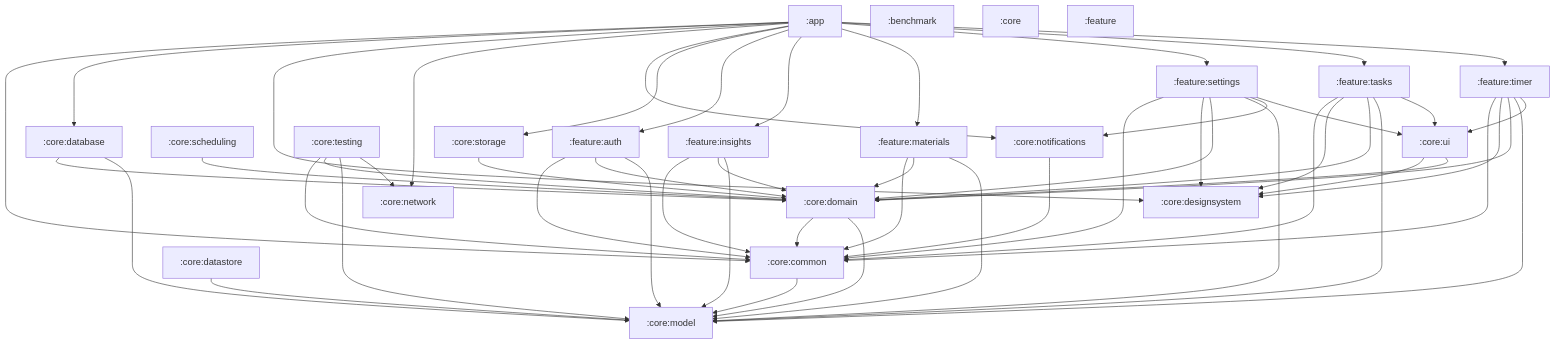
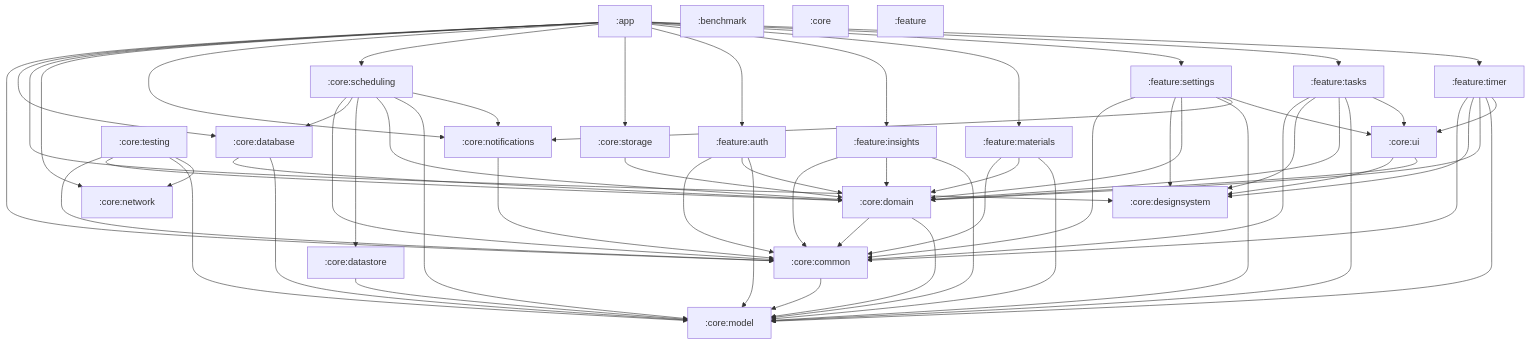
One commit to konarsubhojit/study-app changed the diagram in docs/module-graph.md. Above: the diagram before and after it, drawn with Mermaid. The commit also changed 26 other files, not shown here.

```diff
--- a/docs/module-graph.md
+++ b/docs/module-graph.md
@@ -34,6 +34,7 @@
     app --> core_designsystem
     app --> core_network
     app --> core_notifications
+    app --> core_scheduling
     app --> core_storage
     app --> feature_auth
     app --> feature_insights
@@ -48,7 +49,12 @@
     core_domain --> core_common
     core_domain --> core_model
     core_notifications --> core_common
+    core_scheduling --> core_common
+    core_scheduling --> core_database
+    core_scheduling --> core_datastore
     core_scheduling --> core_domain
+    core_scheduling --> core_model
+    core_scheduling --> core_notifications
     core_storage --> core_domain
     core_testing --> core_common
     core_testing --> core_domain
```
